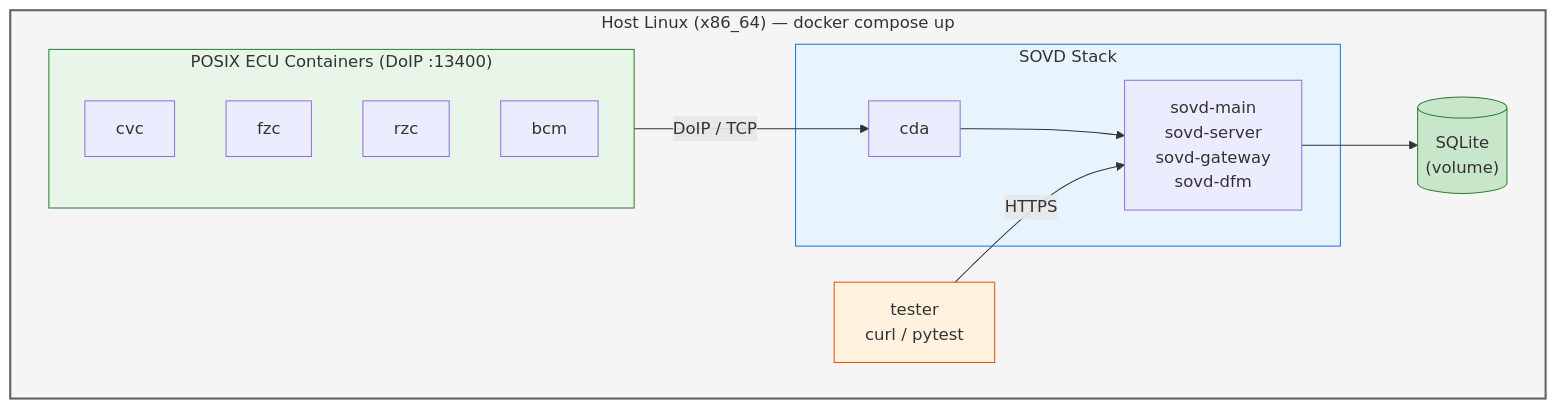
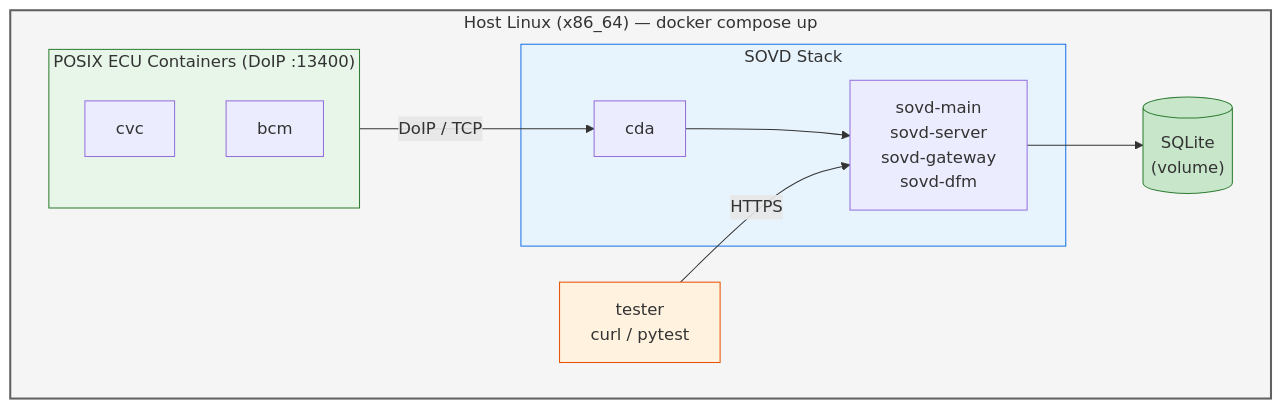
Diagram 15 of 16 in docs/ARCHITECTURE.md (nhuvaoanh123/taktflow-opensovd), drawn with Mermaid before and after one commit. The commit also changed other lines of this file and 7 other files, not shown here.

````diff
--- a/docs/ARCHITECTURE.md
+++ b/docs/ARCHITECTURE.md
@@ -714,30 +735,28 @@
 ```mermaid
 graph TB
     subgraph HOST ["Host Linux (x86_64) &mdash; docker compose up"]
         subgraph ECUS ["POSIX ECU Containers (DoIP :13400)"]
             CVC["cvc"]
-            FZC["fzc"]
-            RZC["rzc"]
             BCM["bcm"]
         end
 
         subgraph STACK ["SOVD Stack"]
             SM["sovd-main<br/>sovd-server<br/>sovd-gateway<br/>sovd-dfm"]
             CDA["cda"]
         end
 
         DB[("SQLite<br/>(volume)")]
         TESTER["tester<br/>curl / pytest"]
 
         ECUS -->|"DoIP / TCP"| CDA
         CDA --> SM
         SM --> DB
         TESTER -->|"HTTPS"| SM
     end
 
     style HOST fill:#f5f5f5,stroke:#616161,stroke-width:2px
     style ECUS fill:#e8f5e9,stroke:#2e7d32
     style STACK fill:#e8f4fd,stroke:#1a73e8
     style DB fill:#c8e6c9,stroke:#2e7d32
     style TESTER fill:#fff3e0,stroke:#e65100
 ```
````
